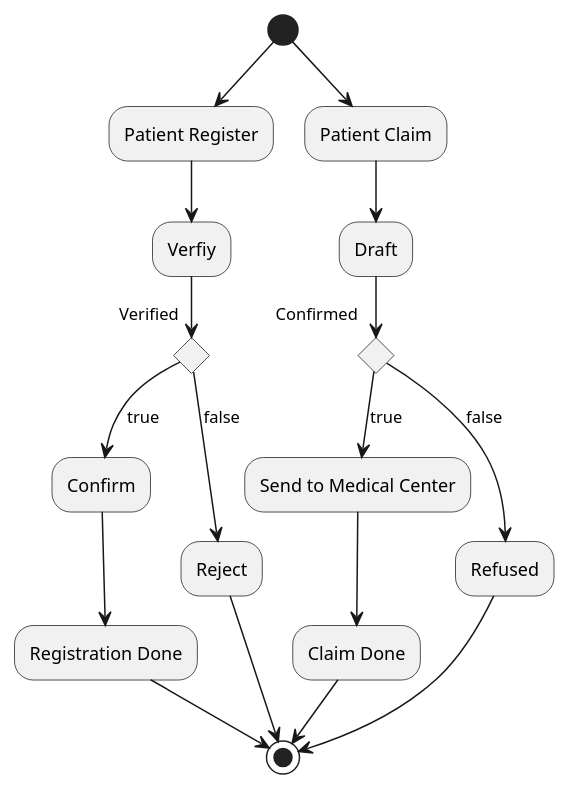
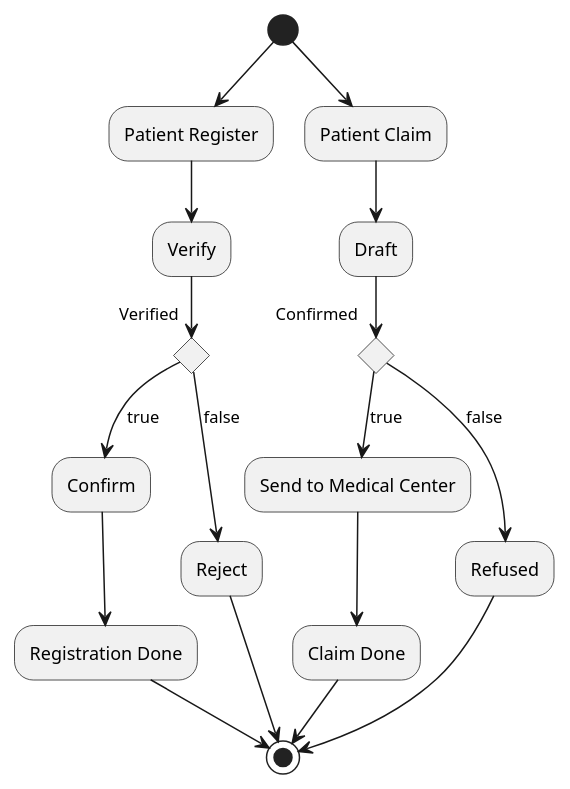
The diagram in medical_insurance/claim_activities.puml (kholioeg/oeh_claim_management), drawn with PlantUML before and after one commit.

Commit message:
mentor branch
Took 9 minutes

```diff
--- a/medical_insurance/claim_activities.puml
+++ b/medical_insurance/claim_activities.puml
@@ -1,25 +1,25 @@
 @startuml
 
 (*) --> "Patient Register"
---> "Verfiy"
+--> "Verify"
 if "Verified" then
 --> [true]"Confirm"
 --> "Registration Done"
 --> (*)
 else
 --> [false]"Reject"
 --> (*)
 endif
 
 (*) --> "Patient Claim"
 --> "Draft"
 if "Confirmed" then
 --> [true]"Send to Medical Center"
 --> "Claim Done"
 --> (*)
 else
 --> [false]"Refused"
 --> (*)
 endif
 
 @enduml
```
